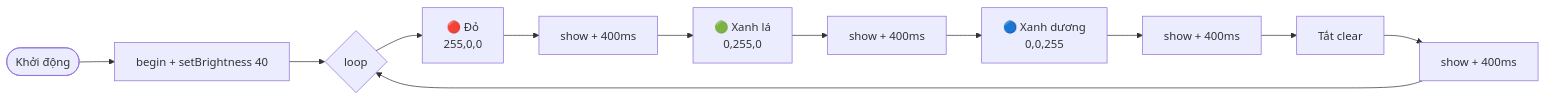
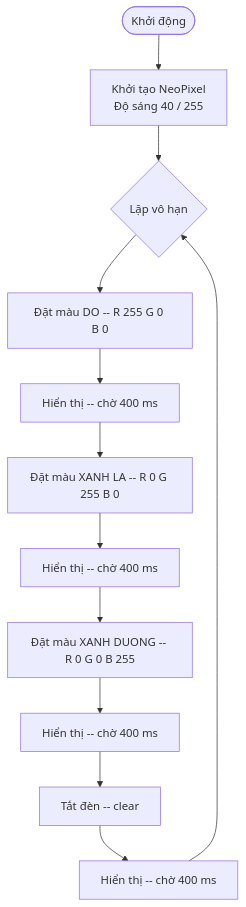
Before and after one commit to minhducnt/iot-lab-yolouno: the fourth of 16 diagrams in LAB_NOTES.md, drawn with Mermaid.

Commit message:
docs: simplify RGB flowchart — remove emojis, cleaner labels for docx export
Made-with: Cursor

````diff
--- a/LAB_NOTES.md
+++ b/LAB_NOTES.md
@@ -92,14 +92,19 @@
 ```mermaid
-flowchart LR
-    A([Khởi động]) --> B[begin + setBrightness 40]
-    B --> C{loop}
-    C --> D["🔴 Đỏ\n255,0,0"]
-    D --> E[show + 400ms]
-    E --> F["🟢 Xanh lá\n0,255,0"]
-    F --> G[show + 400ms]
-    G --> H["🔵 Xanh dương\n0,0,255"]
-    H --> I[show + 400ms]
-    I --> J[Tắt clear]
-    J --> K[show + 400ms]
+flowchart TD
+    A([Khởi động]) --> B[Khởi tạo NeoPixel\nĐộ sáng 40 / 255]
+    B --> C{Lặp vô hạn}
+
+    C --> D[Đặt màu DO -- R 255 G 0 B 0]
+    D --> E[Hiển thị -- chờ 400 ms]
+
+    E --> F[Đặt màu XANH LA -- R 0 G 255 B 0]
+    F --> G[Hiển thị -- chờ 400 ms]
+
+    G --> H[Đặt màu XANH DUONG -- R 0 G 0 B 255]
+    H --> I[Hiển thị -- chờ 400 ms]
+
+    I --> J[Tắt đèn -- clear]
+    J --> K[Hiển thị -- chờ 400 ms]
+
     K --> C
 ```
````
